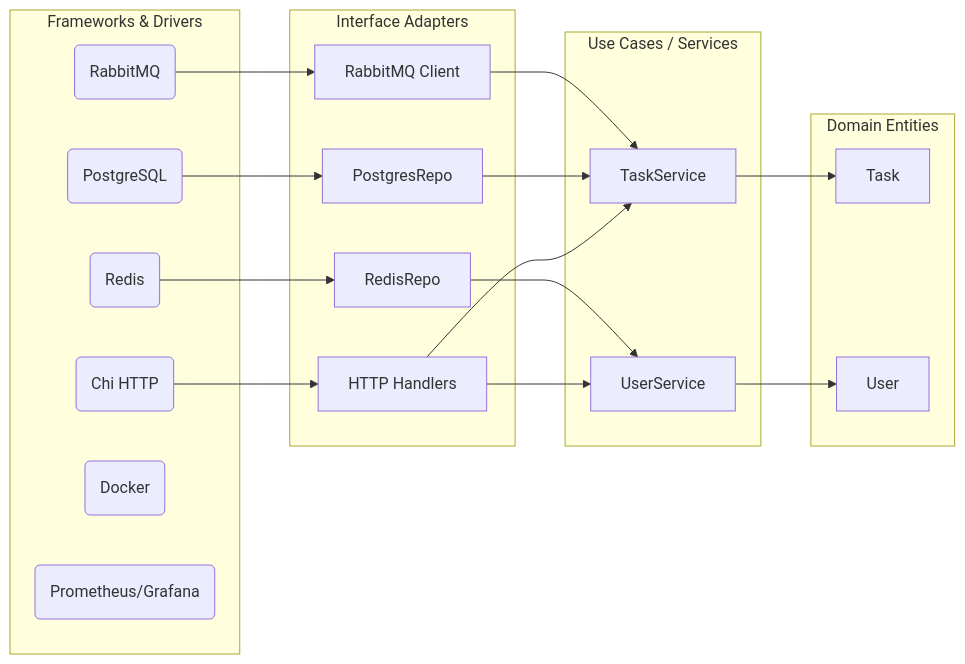
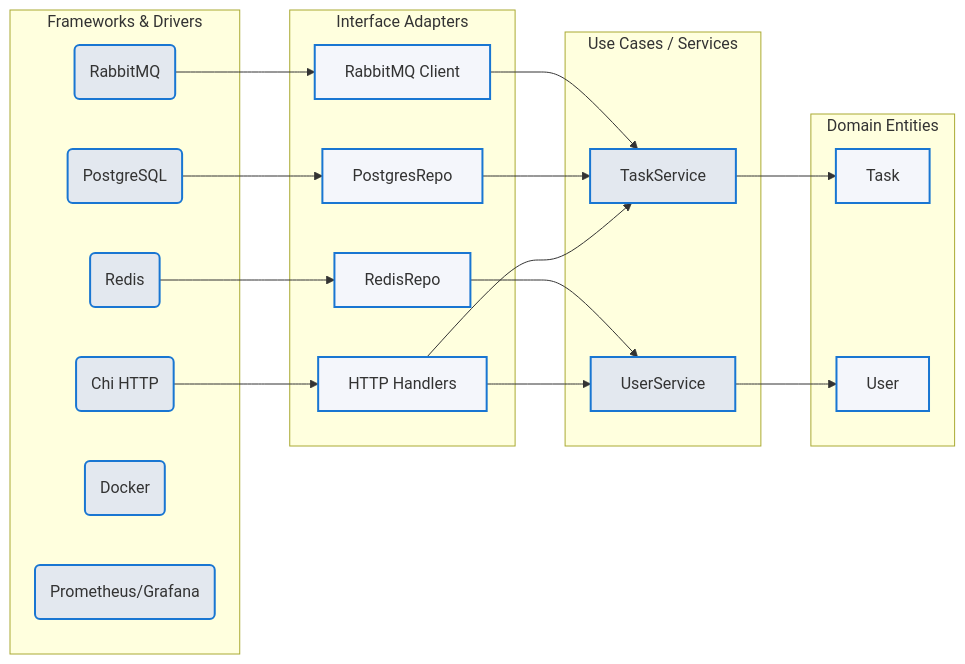
One commit to ffoky/Code-processor changed the third of 3 diagrams in README.md. Above: the diagram before and after it, drawn with Mermaid. The commit also changed other lines of this file, not shown here.

````diff
--- a/README.md
+++ b/README.md
@@ -118,79 +104,53 @@
 ```mermaid
 flowchart LR
 
-  subgraph Domain [Domain Entities]
+  subgraph Domain [Domain Entities]
+    D1[Task]
+    D2[User]
+  end
 
-    D1[Task]
+  subgraph UseCases [Use Cases / Services]
+    U1[TaskService]
+    U2[UserService]
+  end
 
-    D2[User]
+  subgraph Adapters [Interface Adapters]
+    A1[HTTP Handlers]
+    A2[PostgresRepo]
+    A3[RedisRepo]
+    A4[RabbitMQ Client]
+  end
 
-  end
+  subgraph Infra [Frameworks & Drivers]
+    F1(Chi HTTP)
+    F2(PostgreSQL)
+    F3(Redis)
+    F4(RabbitMQ)
+    F5(Docker)
+    F6(Prometheus/Grafana)
+  end
 
-  
+  %% зависимости
+  F1 --> A1
+  F2 --> A2
+  F3 --> A3
+  F4 --> A4
+  A1 --> U1
+  A1 --> U2
+  A2 --> U1
+  A3 --> U2
+  A4 --> U1
+  U1 --> D1
+  U2 --> D2
 
-  subgraph UseCases [Use Cases / Services]
+  %% Стилизация
+  classDef domain fill:#f4f6fb,stroke:#1976d2,stroke-width:2px;
+  classDef usecases fill:#e3e8ef,stroke:#1976d2,stroke-width:2px;
+  classDef adapters fill:#f4f6fb,stroke:#1976d2,stroke-width:2px;
+  classDef infra fill:#e3e8ef,stroke:#1976d2,stroke-width:2px;
 
-    U1[TaskService]
-
-    U2[UserService]
-
-  end
-
-  
-
-  subgraph Adapters [Interface Adapters]
-
-    A1[HTTP Handlers]
-
-    A2[PostgresRepo]
-
-    A3[RedisRepo]
-
-    A4[RabbitMQ Client]
-
-  end
-
-  
-
-  subgraph Infra [Frameworks & Drivers]
-
-    F1(Chi HTTP)
-
-    F2(PostgreSQL)
-
-    F3(Redis)
-
-    F4(RabbitMQ)
-
-    F5(Docker)
-
-    F6(Prometheus/Grafana)
-
-  end
-
-  
-
-  %% зависимости
-
-  F1 --> A1
-
-  F2 --> A2
-
-  F3 --> A3
-
-  F4 --> A4
-
-  A1 --> U1
-
-  A1 --> U2
-
-  A2 --> U1
-
-  A3 --> U2
-
-  A4 --> U1
-
-  U1 --> D1
-
-  U2 --> D2
+  class D1,D2 domain;
+  class U1,U2 usecases;
+  class A1,A2,A3,A4 adapters;
+  class F1,F2,F3,F4,F5,F6 infra;
 ```
````
